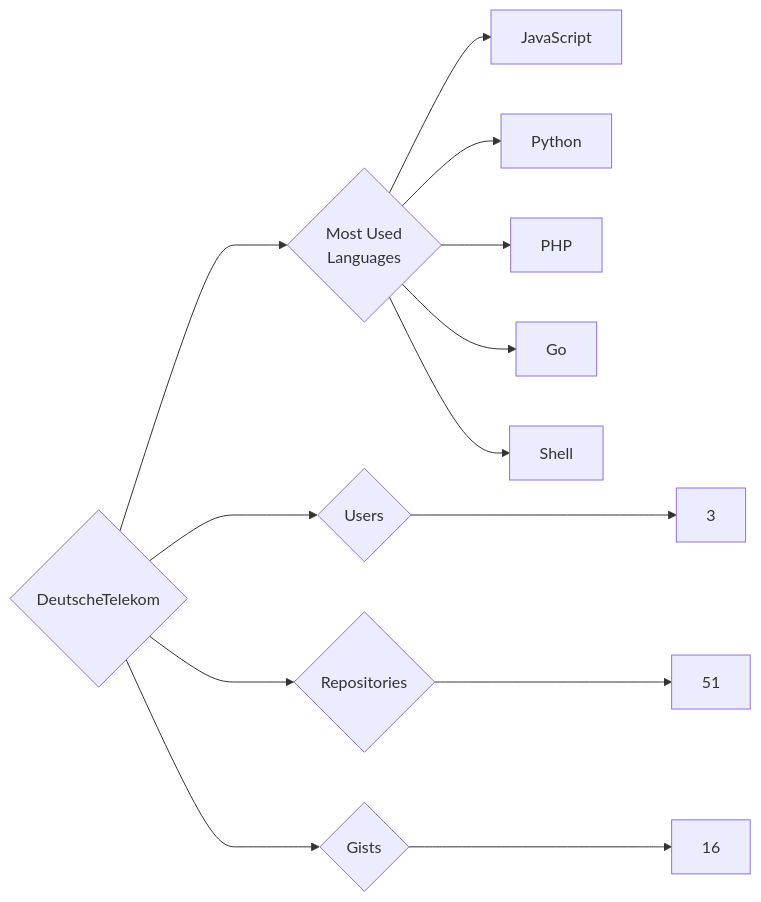
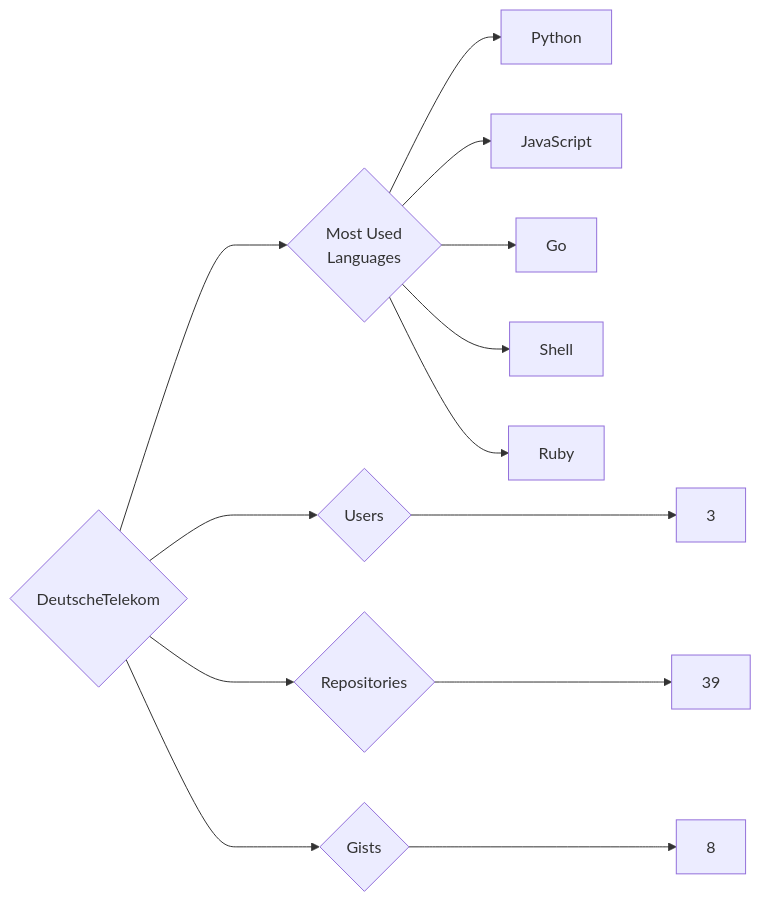
Before and after one commit to trickest/insiders: the diagram in targets/DeutscheTelekom/README.md, drawn with Mermaid. The commit also changed 1167 other files, not shown here.

````diff
--- a/targets/DeutscheTelekom/README.md
+++ b/targets/DeutscheTelekom/README.md
@@ -3,13 +3,13 @@
 ```mermaid
 graph LR
 COMPANY_NAME{DeutscheTelekom}
 COMPANY_NAME ---> U{Users} ---> UN[3]
-COMPANY_NAME ---> R{Repositories} ---> RN[51]
-COMPANY_NAME ---> G{Gists} ---> GN[16]
+COMPANY_NAME ---> R{Repositories} ---> RN[39]
+COMPANY_NAME ---> G{Gists} ---> GN[8]
 COMPANY_NAME ---> ML{Most Used<br>Languages}
+ML --> Python[Python]
 ML --> JavaScript[JavaScript]
-ML --> Python[Python]
-ML --> PHP[PHP]
 ML --> Go[Go]
 ML --> Shell[Shell]
+ML --> Ruby[Ruby]
 ```
````
